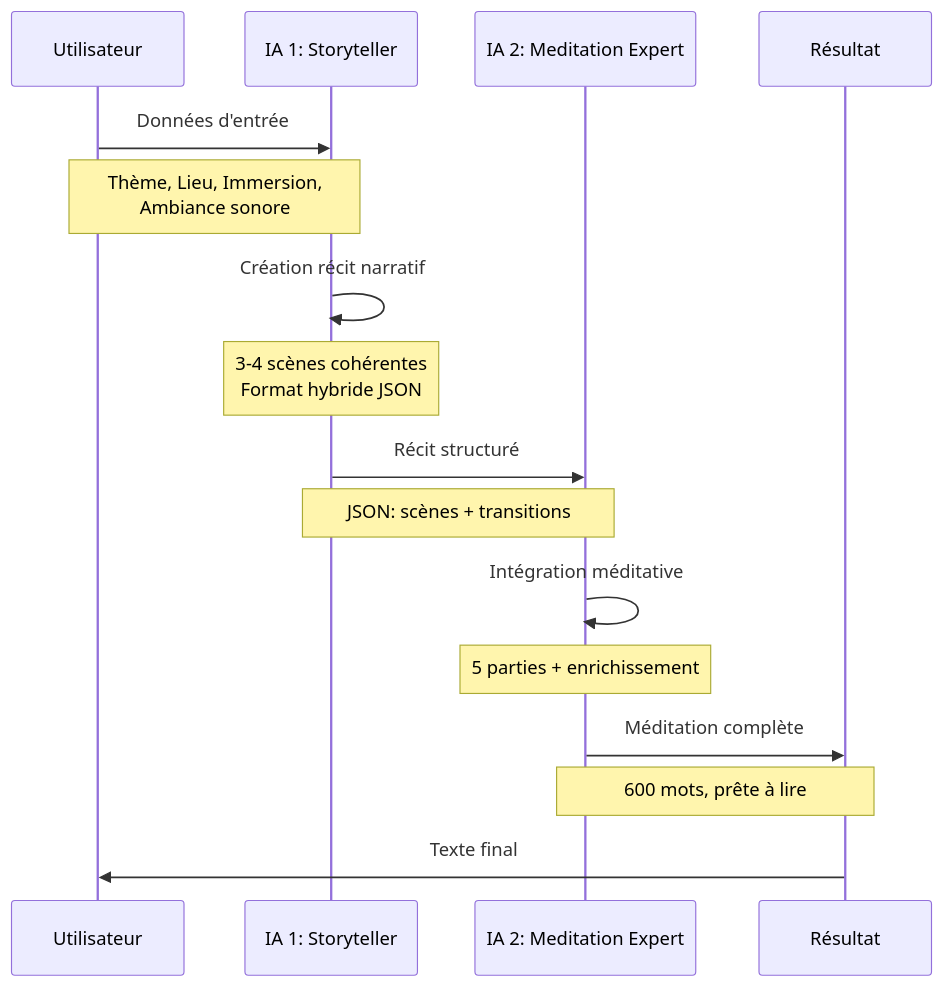
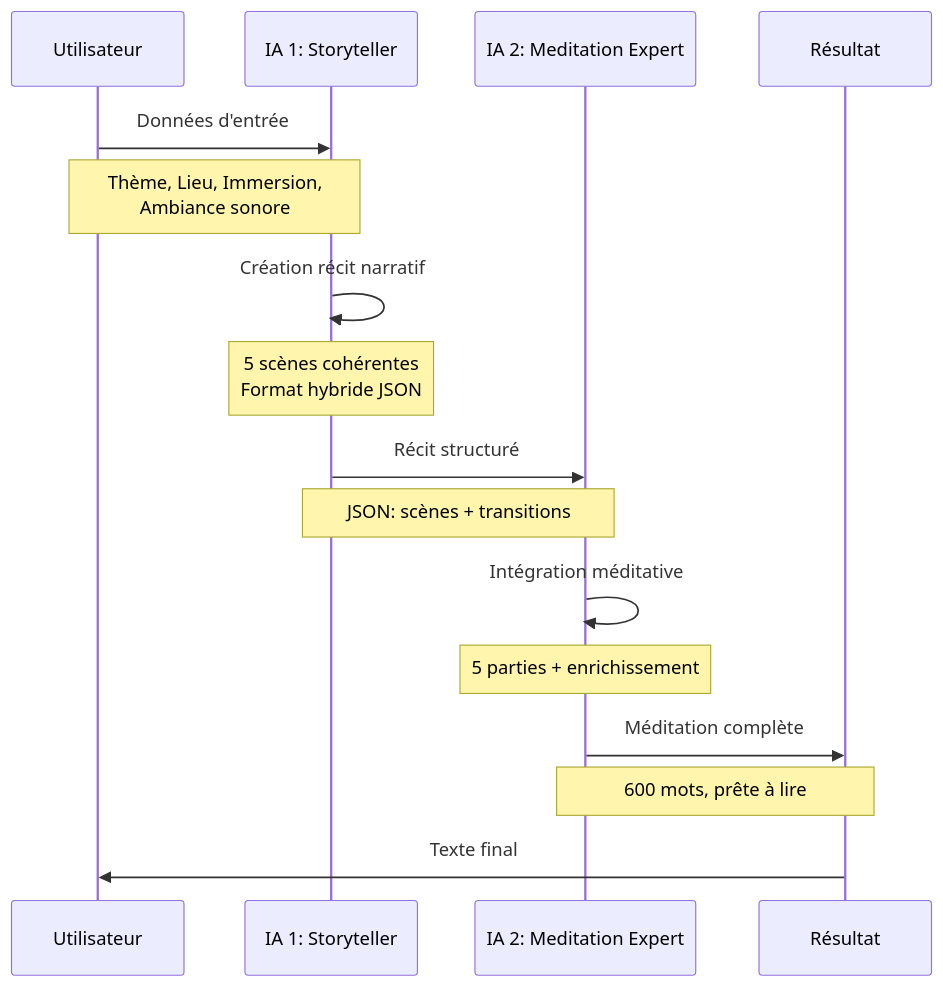
The second of 3 diagrams in architecture.md (vincentbattez/somnia), drawn with Mermaid before and after one commit. The commit also changed other lines of this file and 5 other files, not shown here.

````diff
--- a/architecture.md
+++ b/architecture.md
@@ -83,24 +83,24 @@
 ```mermaid
 sequenceDiagram
     participant U as Utilisateur
     participant IA1 as IA 1: Storyteller
     participant IA2 as IA 2: Meditation Expert
     participant R as Résultat
 
     U->>IA1: Données d'entrée
     Note over U,IA1: Thème, Lieu, Immersion, <br/>Ambiance sonore
     
     IA1->>IA1: Création récit narratif
-    Note over IA1: 3-4 scènes cohérentes<br/>Format hybride JSON
+    Note over IA1: 5 scènes cohérentes<br/>Format hybride JSON
     
     IA1->>IA2: Récit structuré
     Note over IA1,IA2: JSON: scènes + transitions
     
     IA2->>IA2: Intégration méditative
     Note over IA2: 5 parties + enrichissement
     
     IA2->>R: Méditation complète
     Note over IA2,R: 600 mots, prête à lire
     
     R->>U: Texte final
 ```
````
